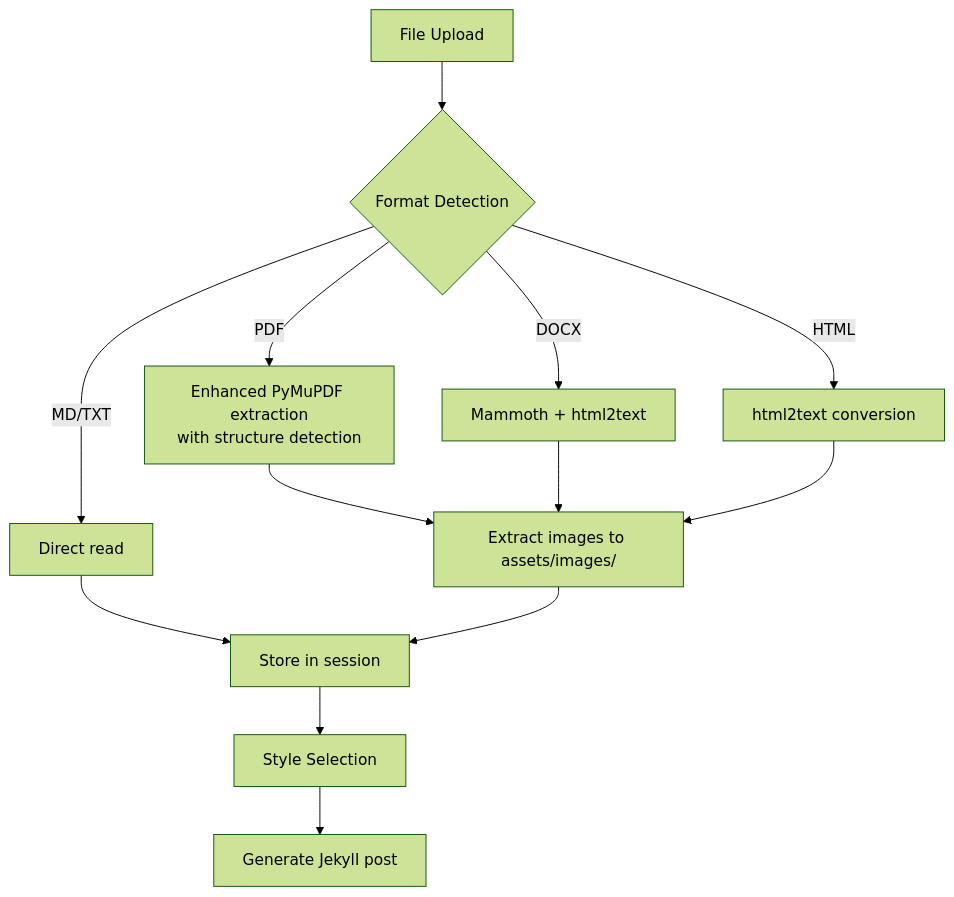
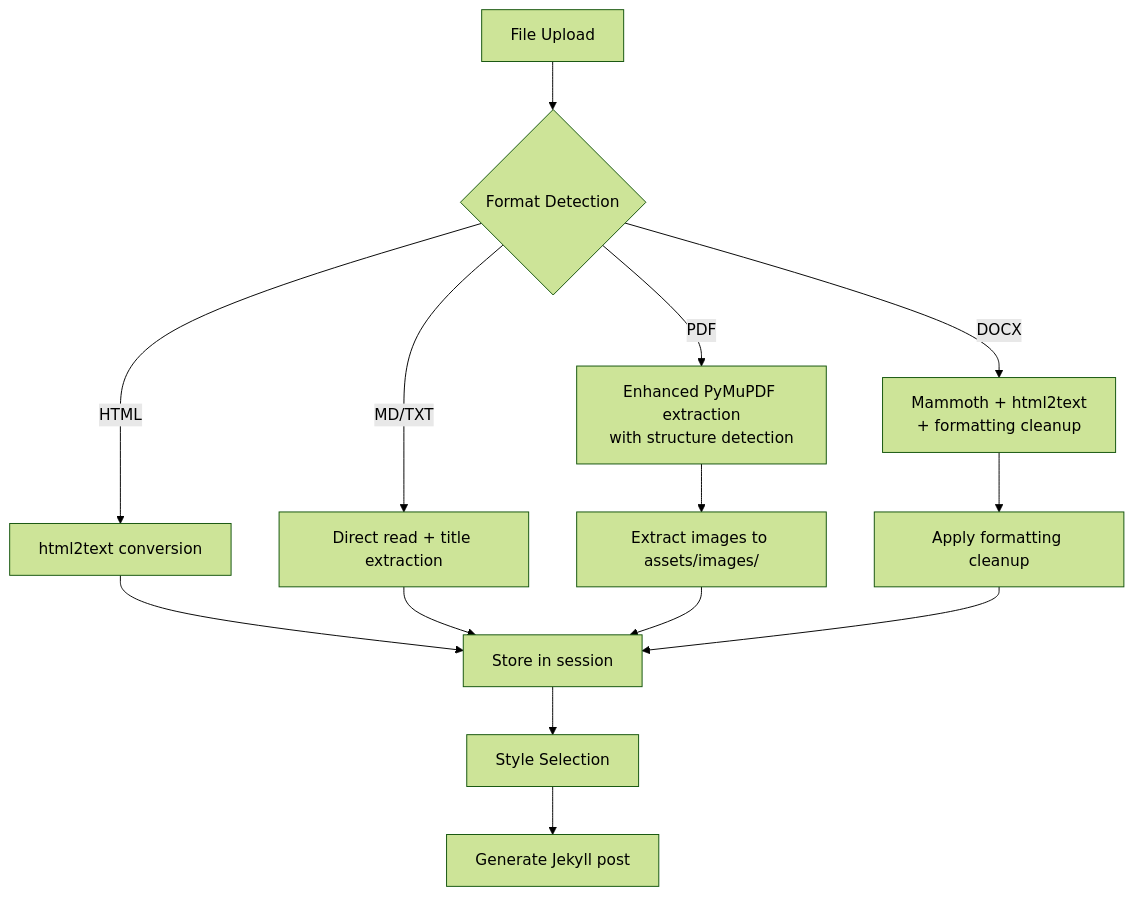
The eighth of 10 diagrams in .qoder/repowiki/en/content/Backend Application/Backend Application.md (PolarisW007/PolaZhenJing), drawn with Mermaid (forest theme) before and after one commit. The commit also changed other lines of this file and 7 other files, not shown here.

````diff
--- a/.qoder/repowiki/en/content/Backend Application/Backend Application.md
+++ b/.qoder/repowiki/en/content/Backend Application/Backend Application.md
@@ -298,15 +340,16 @@
 ```mermaid
 flowchart TD
 A["File Upload"] --> B{"Format Detection"}
 B --> |PDF| C["Enhanced PyMuPDF extraction<br/>with structure detection"]
-B --> |DOCX| D["Mammoth + html2text"]
+B --> |DOCX| D["Mammoth + html2text<br/>+ formatting cleanup"]
 B --> |HTML| E["html2text conversion"]
-B --> |MD/TXT| F["Direct read"]
+B --> |MD/TXT| F["Direct read + title extraction"]
 C --> G["Extract images to assets/images/"]
-D --> G
-E --> G
-F --> H["Store in session"]
-G --> H
-H --> I["Style Selection"]
-I --> J["Generate Jekyll post"]
+D --> H["Apply formatting cleanup"]
+E --> I["Store in session"]
+F --> I
+G --> I
+H --> I
+I --> J["Style Selection"]
+J --> K["Generate Jekyll post"]
 ```
````
